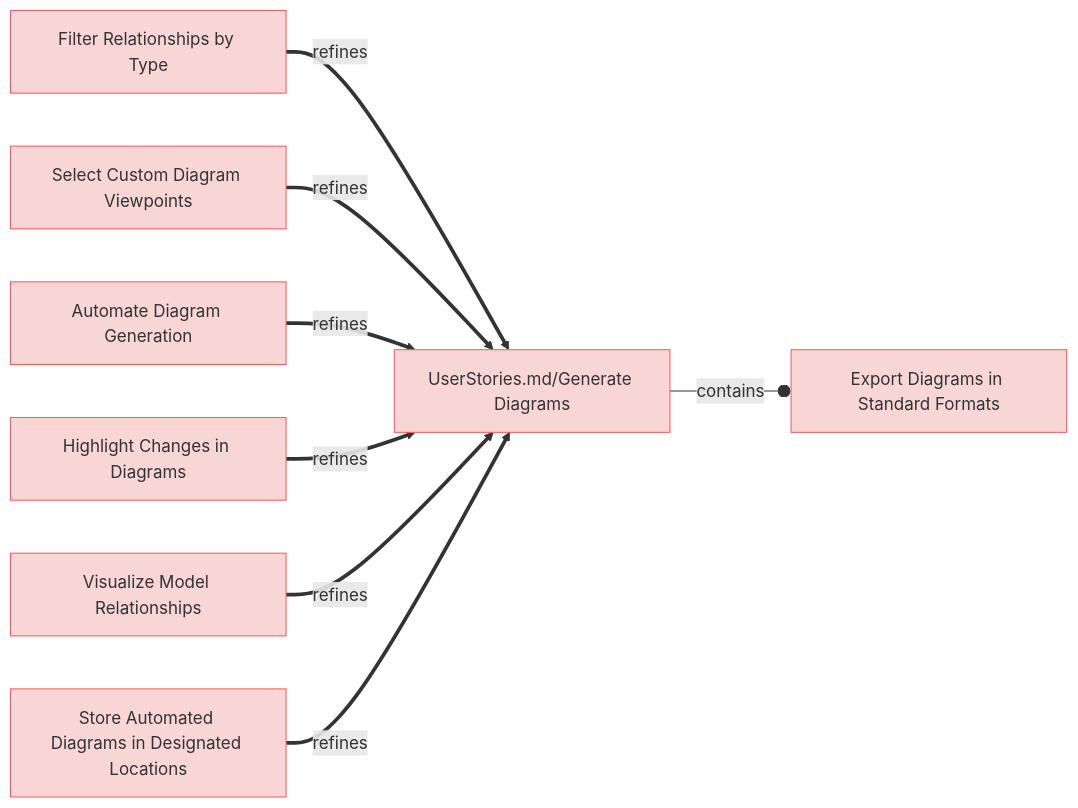
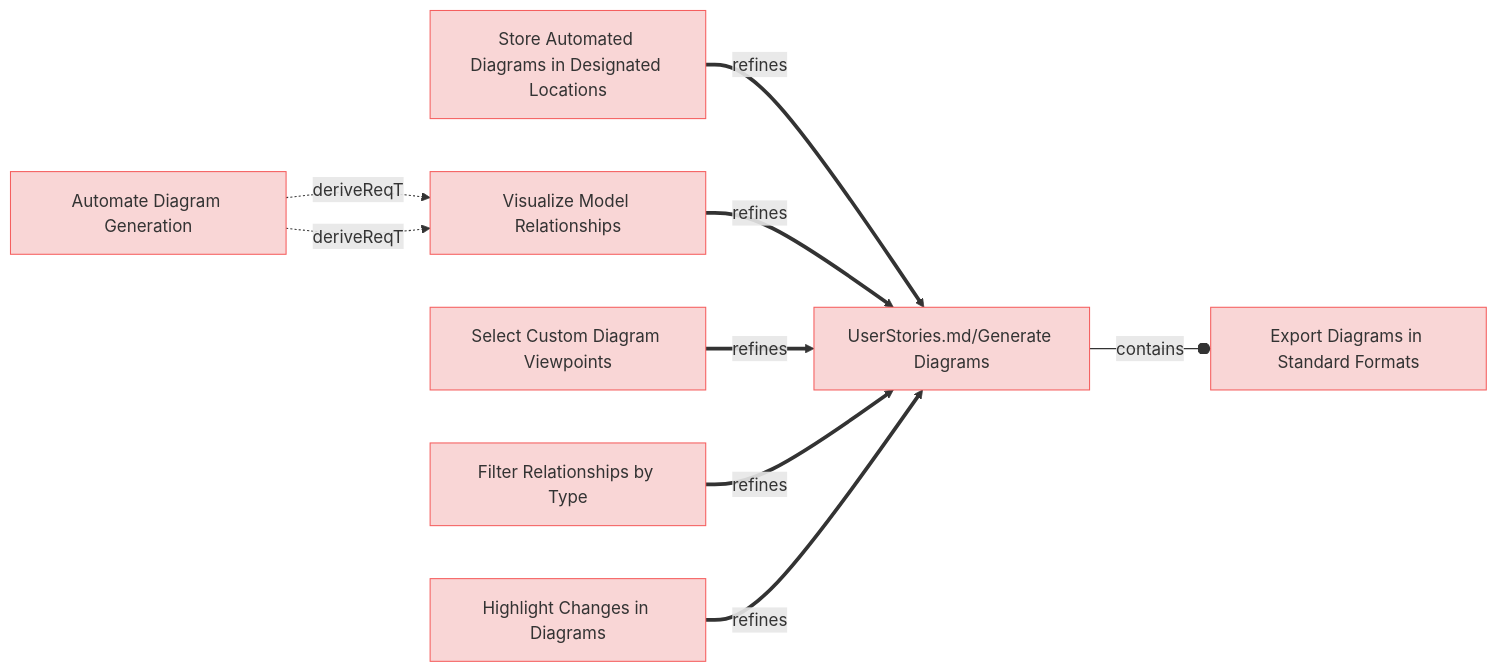
One commit to reqvire-org/reqvire changed the second of 11 diagrams in specifications/UserRequirements.md. Above: the diagram before and after it, drawn with Mermaid. The commit also changed other lines of this file and 25 other files, not shown here.

````diff
--- a/specifications/UserRequirements.md
+++ b/specifications/UserRequirements.md
@@ -103,39 +107,41 @@
 ```mermaid
 graph LR;
   %% Graph styling
   classDef requirement fill:#f9d6d6,stroke:#f55f5f,stroke-width:1px;
   classDef verification fill:#d6f9d6,stroke:#5fd75f,stroke-width:1px;
   classDef externalLink fill:#d0e0ff,stroke:#3080ff,stroke-width:1px;
   classDef default fill:#f5f5f5,stroke:#333333,stroke-width:1px;
-  30d97803eb["Filter Relationships by Type"];
-  click 30d97803eb "UserRequirements.md#filter-relationships-by-type";
-  class 30d97803eb requirement;
+
+  aee397f35b["Store Automated Diagrams in Designated Locations"];
+  click aee397f35b "UserRequirements.md#store-automated-diagrams-in-designated-locations";
+  class aee397f35b requirement;
   cf0026c2fe["UserStories.md/Generate Diagrams"];
   class cf0026c2fe requirement;
   click cf0026c2fe "UserStories.md#generate-diagrams";
-  30d97803eb ==>|refines| cf0026c2fe;
+  aee397f35b ==>|refines| cf0026c2fe;
   10c00a1bd1["Export Diagrams in Standard Formats"];
   click 10c00a1bd1 "UserRequirements.md#export-diagrams-in-standard-formats";
   class 10c00a1bd1 requirement;
   cf0026c2fe --o|contains| 10c00a1bd1;
+  a6a8362836["Visualize Model Relationships"];
+  click a6a8362836 "UserRequirements.md#visualize-model-relationships";
+  class a6a8362836 requirement;
+  a6a8362836 ==>|refines| cf0026c2fe;
+  81f9235ded["Automate Diagram Generation"];
+  class 81f9235ded requirement;
+  click 81f9235ded "UserRequirements.md#automate-diagram-generation";
+  81f9235ded -.->|deriveReqT| a6a8362836;
   30053341d8["Select Custom Diagram Viewpoints"];
   click 30053341d8 "UserRequirements.md#select-custom-diagram-viewpoints";
   class 30053341d8 requirement;
   30053341d8 ==>|refines| cf0026c2fe;
-  81f9235ded["Automate Diagram Generation"];
-  click 81f9235ded "UserRequirements.md#automate-diagram-generation";
-  class 81f9235ded requirement;
-  81f9235ded ==>|refines| cf0026c2fe;
+  30d97803eb["Filter Relationships by Type"];
+  click 30d97803eb "UserRequirements.md#filter-relationships-by-type";
+  class 30d97803eb requirement;
+  30d97803eb ==>|refines| cf0026c2fe;
+  81f9235ded -.->|deriveReqT| a6a8362836;
   fd7388e379["Highlight Changes in Diagrams"];
   click fd7388e379 "UserRequirements.md#highlight-changes-in-diagrams";
   class fd7388e379 requirement;
   fd7388e379 ==>|refines| cf0026c2fe;
-  a6a8362836["Visualize Model Relationships"];
-  click a6a8362836 "UserRequirements.md#visualize-model-relationships";
-  class a6a8362836 requirement;
-  a6a8362836 ==>|refines| cf0026c2fe;
-  aee397f35b["Store Automated Diagrams in Designated Locations"];
-  click aee397f35b "UserRequirements.md#store-automated-diagrams-in-designated-locations";
-  class aee397f35b requirement;
-  aee397f35b ==>|refines| cf0026c2fe;
 ```
````
